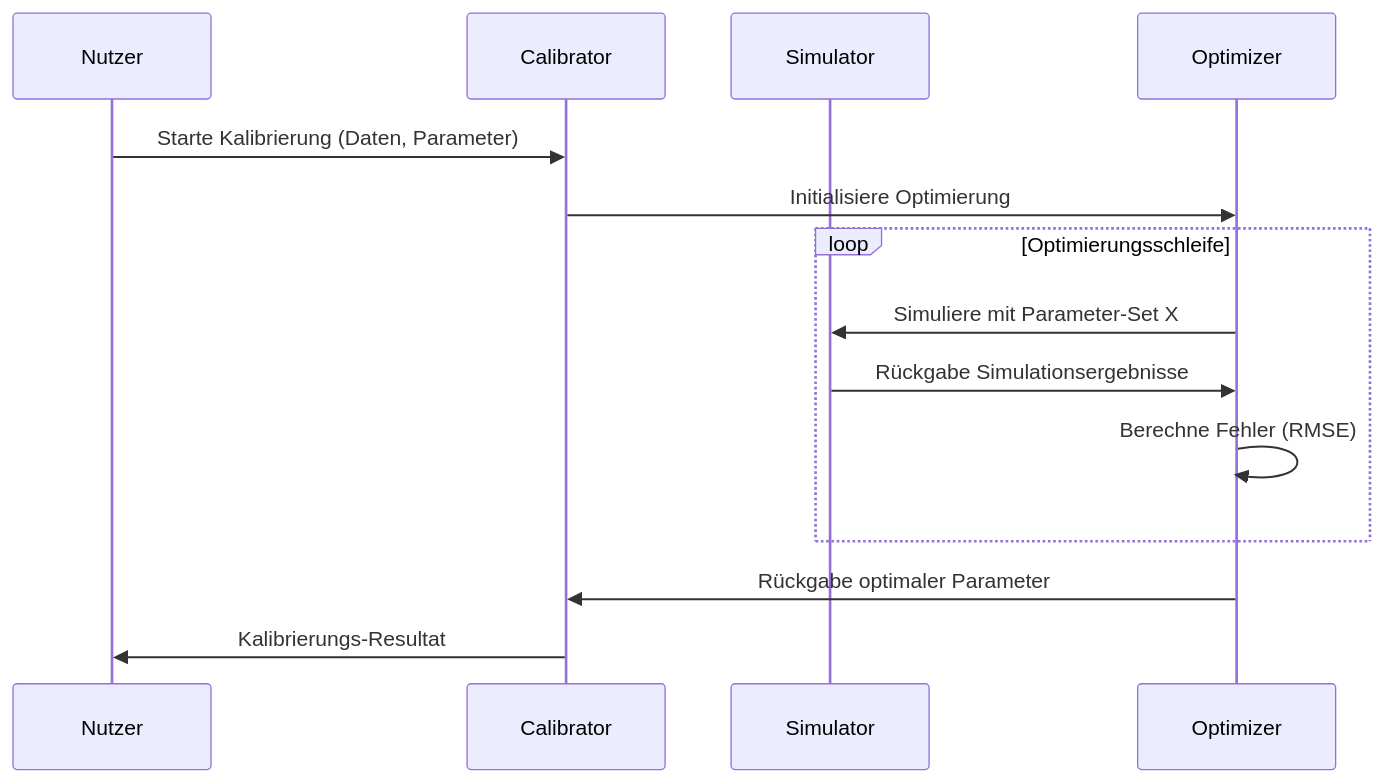
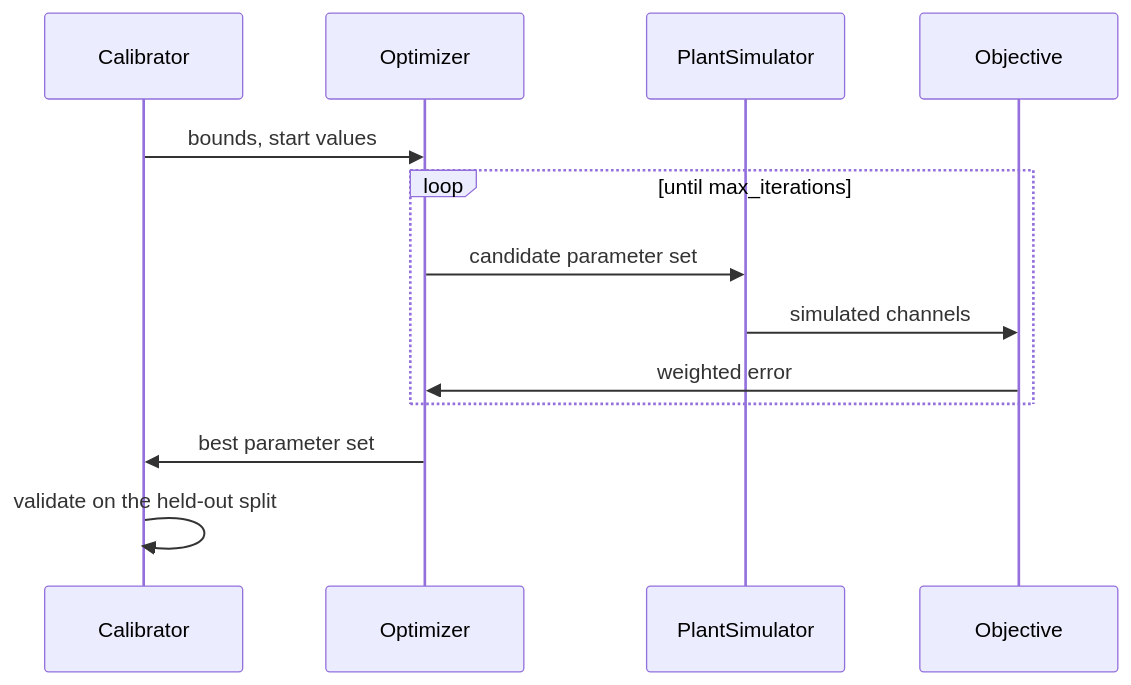
The second of 2 diagrams in docs/de/architecture/index.md (dgaida/PyADM1ODE_calibration), drawn with Mermaid before and after one commit. The commit also changed other lines of this file and 143 other files, not shown here.

First line of the commit message:
Refactor and enhance unit tests for database, repositories, schema, tabular CSV sources, and units

````diff
--- a/docs/de/architecture/index.md
+++ b/docs/de/architecture/index.md
@@ -32,17 +33,16 @@
 ```mermaid
 sequenceDiagram
-    participant U as Nutzer
     participant C as Calibrator
-    participant S as Simulator
     participant O as Optimizer
+    participant S as PlantSimulator
+    participant J as Objective
 
-    U->>C: Starte Kalibrierung (Daten, Parameter)
-    C->>O: Initialisiere Optimierung
-    loop Optimierungsschleife
-        O->>S: Simuliere mit Parameter-Set X
-        S->>O: Rückgabe Simulationsergebnisse
-        O->>O: Berechne Fehler (RMSE)
+    C->>O: bounds, start values
+    loop until max_iterations
+        O->>S: candidate parameter set
+        S->>J: simulated channels
+        J->>O: weighted error
     end
-    O->>C: Rückgabe optimaler Parameter
-    C->>U: Kalibrierungs-Resultat
+    O->>C: best parameter set
+    C->>C: validate on the held-out split
 ```
````
